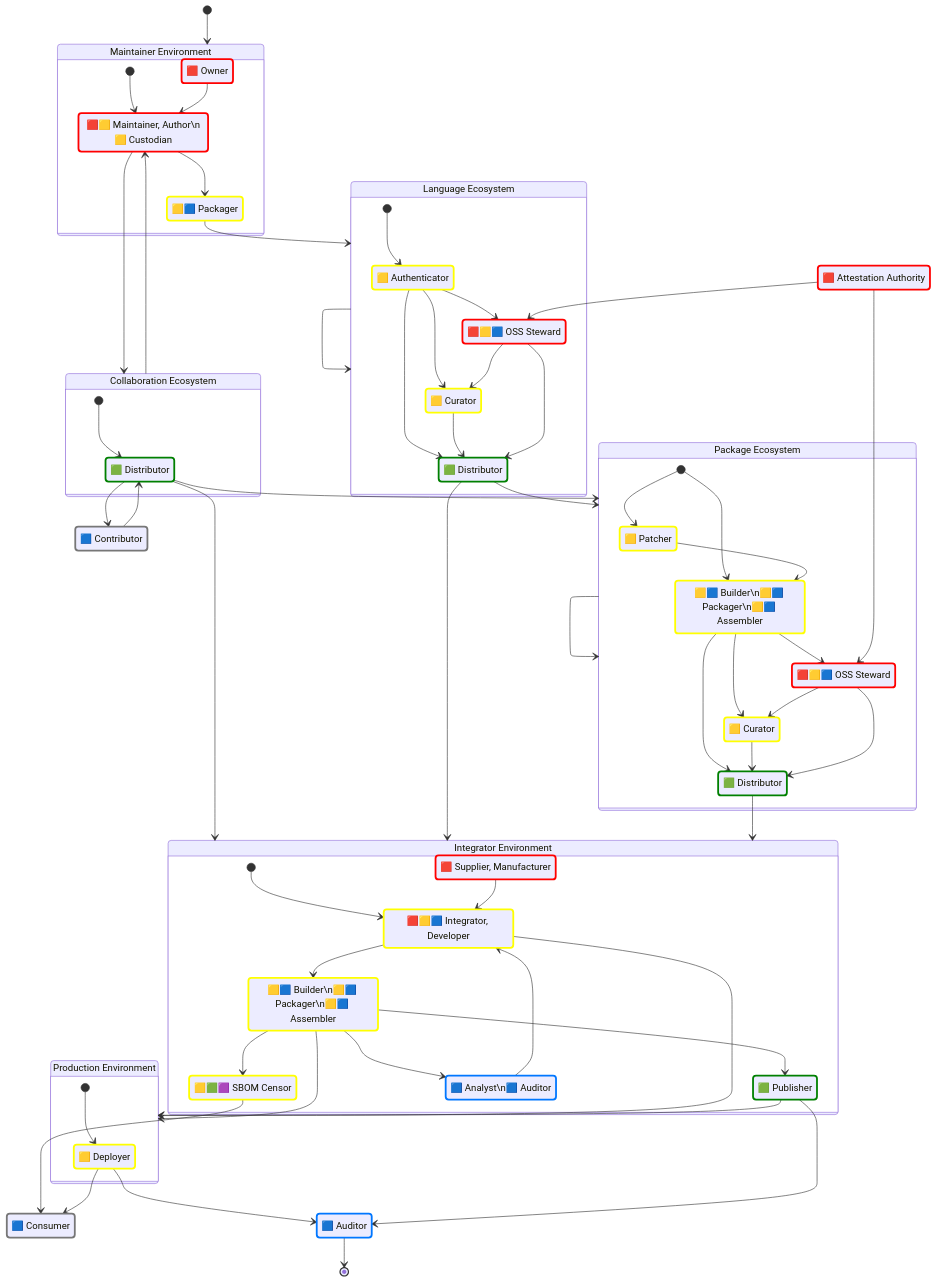
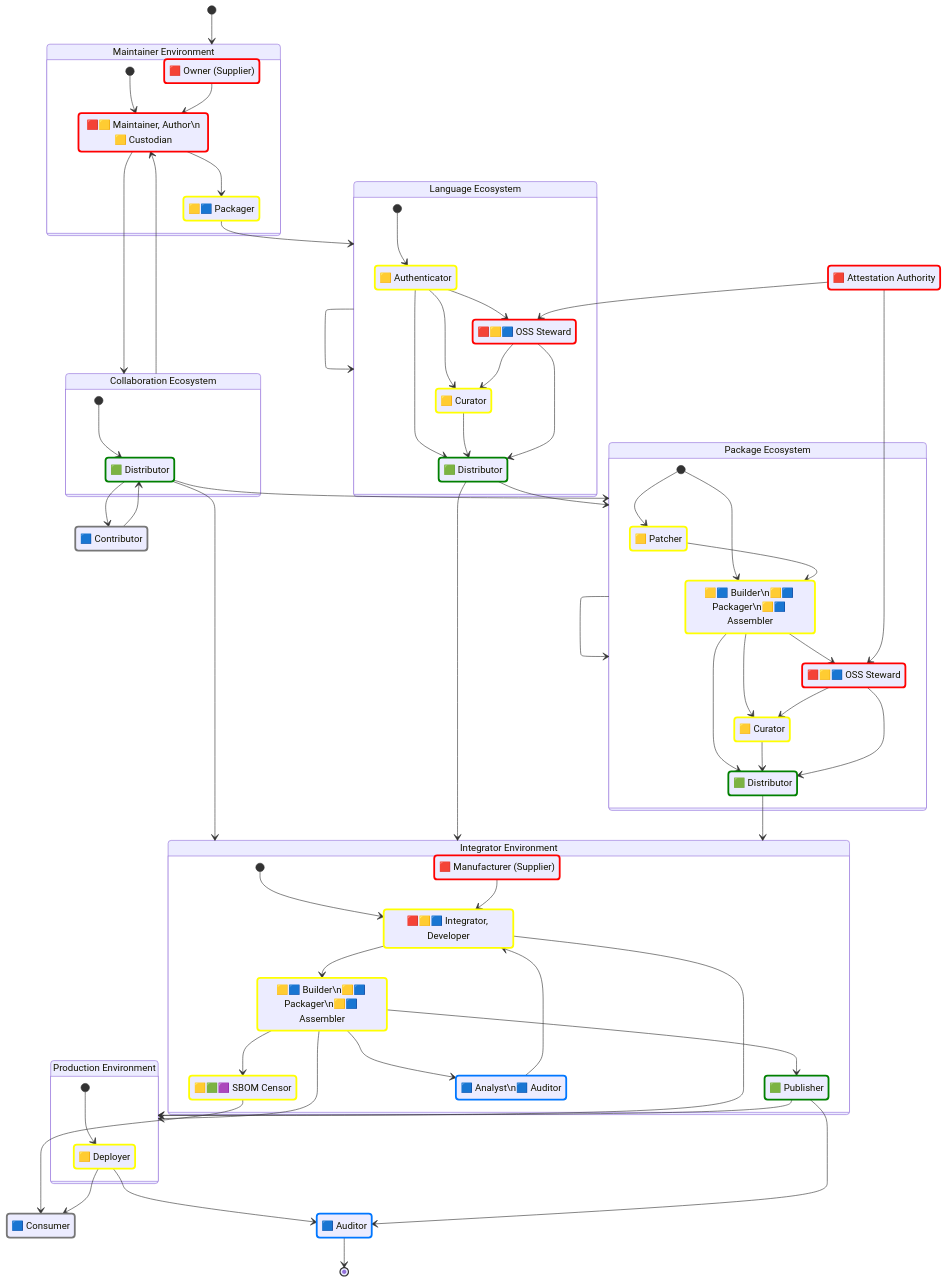
One commit to CPAN-Security/security.metacpan.org changed the second of 2 diagrams in docs/supplychain-sbom.md. Above: the diagram before and after it, drawn with Mermaid. The commit also changed other lines of this file, not shown here.

Commit message:
Use the term 'Supplier' consistently; Other minor tweaks

```diff
--- a/docs/supplychain-sbom.md
+++ b/docs/supplychain-sbom.md
@@ -113,7 +113,7 @@
 
     %%
     %%state "🟦 Importer" as maintainer_importer
-    state "🟥 Owner" as maintainer_owner
+    state "🟥 Owner (Supplier)" as maintainer_owner
     state "🟥🟨 Maintainer, Author\n🟨 Custodian" as maintainer_author
     state "🟨🟦 Packager" as language_packager
 
@@ -138,7 +138,7 @@
     state "🟩 Distributor" as package_distributor
 
     %%state "🟦 Importer" as integrator_importer
-    state "🟥 Supplier, Manufacturer" as integrator_owner
+    state "🟥 Manufacturer (Supplier)" as integrator_owner
     state "🟥🟨🟦 Integrator, Developer" as integrator_developer
     state "🟨🟦 Builder\n🟨🟦 Packager\n🟨🟦 Assembler" as integrator_builder
     state "🟨🟩🟪 SBOM Censor" as integrator_censor
```
